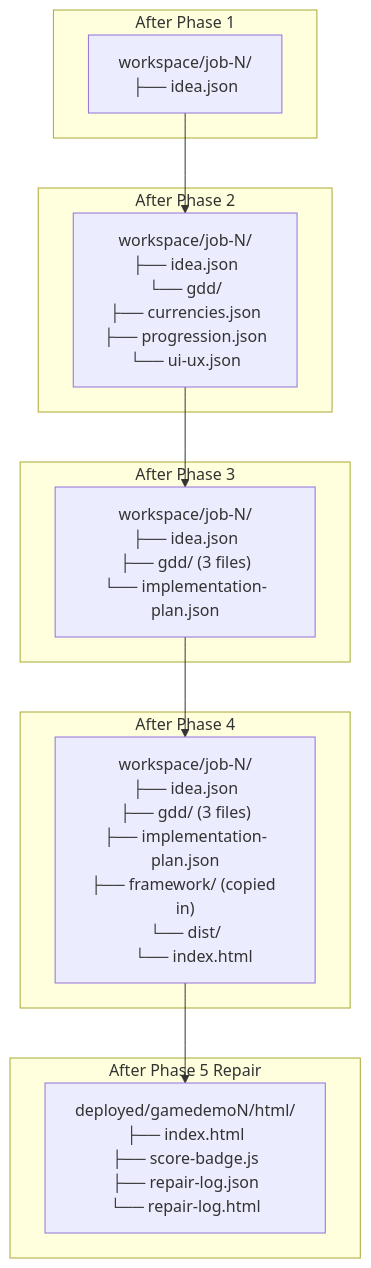
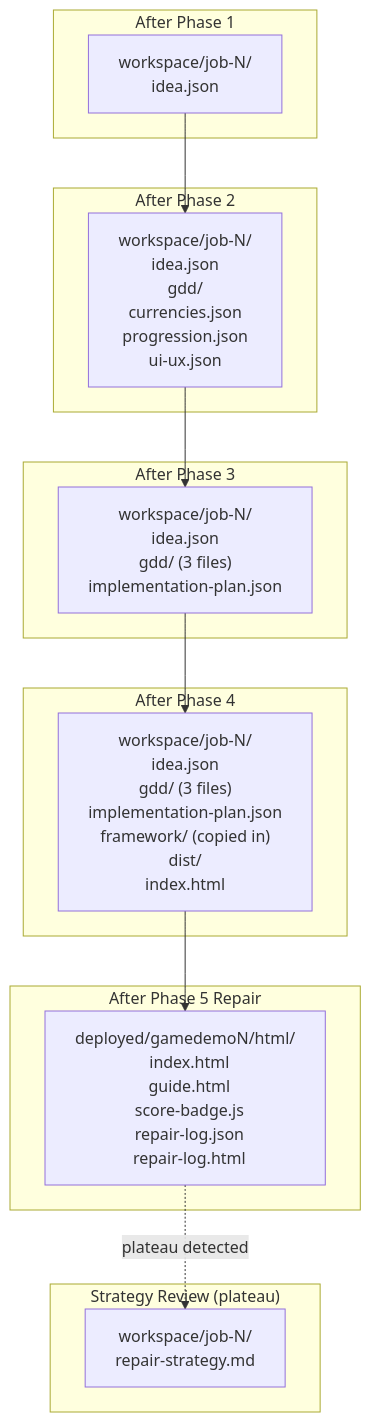
One commit to J-Gierend/gamePocGen changed the second of 7 diagrams in AI/document/05-data-pipelines.md. Above: the diagram before and after it, drawn with Mermaid. The commit also changed other lines of this file and 5 other files, not shown here.

````diff
--- a/AI/document/05-data-pipelines.md
+++ b/AI/document/05-data-pipelines.md
@@ -21,24 +21,29 @@
 ```mermaid
 flowchart TD
     subgraph "After Phase 1"
-        W1["workspace/job-N/\n├── idea.json"]
+        W1["workspace/job-N/\n  idea.json"]
     end
 
     subgraph "After Phase 2"
-        W2["workspace/job-N/\n├── idea.json\n└── gdd/\n    ├── currencies.json\n    ├── progression.json\n    └── ui-ux.json"]
+        W2["workspace/job-N/\n  idea.json\n  gdd/\n    currencies.json\n    progression.json\n    ui-ux.json"]
     end
 
     subgraph "After Phase 3"
-        W3["workspace/job-N/\n├── idea.json\n├── gdd/ (3 files)\n└── implementation-plan.json"]
+        W3["workspace/job-N/\n  idea.json\n  gdd/ (3 files)\n  implementation-plan.json"]
     end
 
     subgraph "After Phase 4"
-        W4["workspace/job-N/\n├── idea.json\n├── gdd/ (3 files)\n├── implementation-plan.json\n├── framework/ (copied in)\n└── dist/\n    └── index.html"]
+        W4["workspace/job-N/\n  idea.json\n  gdd/ (3 files)\n  implementation-plan.json\n  framework/ (copied in)\n  dist/\n    index.html"]
     end
 
     subgraph "After Phase 5 Repair"
-        W5["deployed/gamedemoN/html/\n├── index.html\n├── score-badge.js\n├── repair-log.json\n└── repair-log.html"]
+        W5["deployed/gamedemoN/html/\n  index.html\n  guide.html\n  score-badge.js\n  repair-log.json\n  repair-log.html"]
+    end
+
+    subgraph "Strategy Review (plateau)"
+        W6["workspace/job-N/\n  repair-strategy.md"]
     end
 
     W1 --> W2 --> W3 --> W4 --> W5
+    W5 -.->|"plateau detected"| W6
 ```
````
